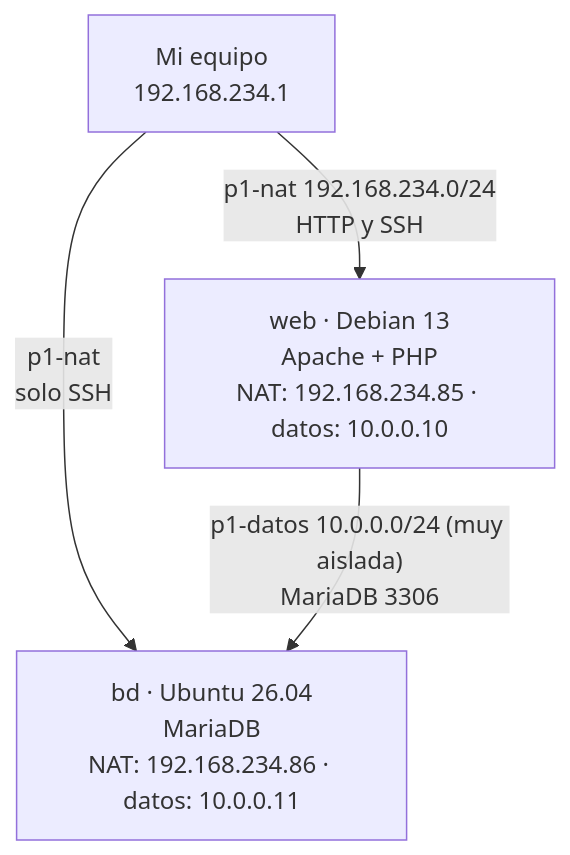
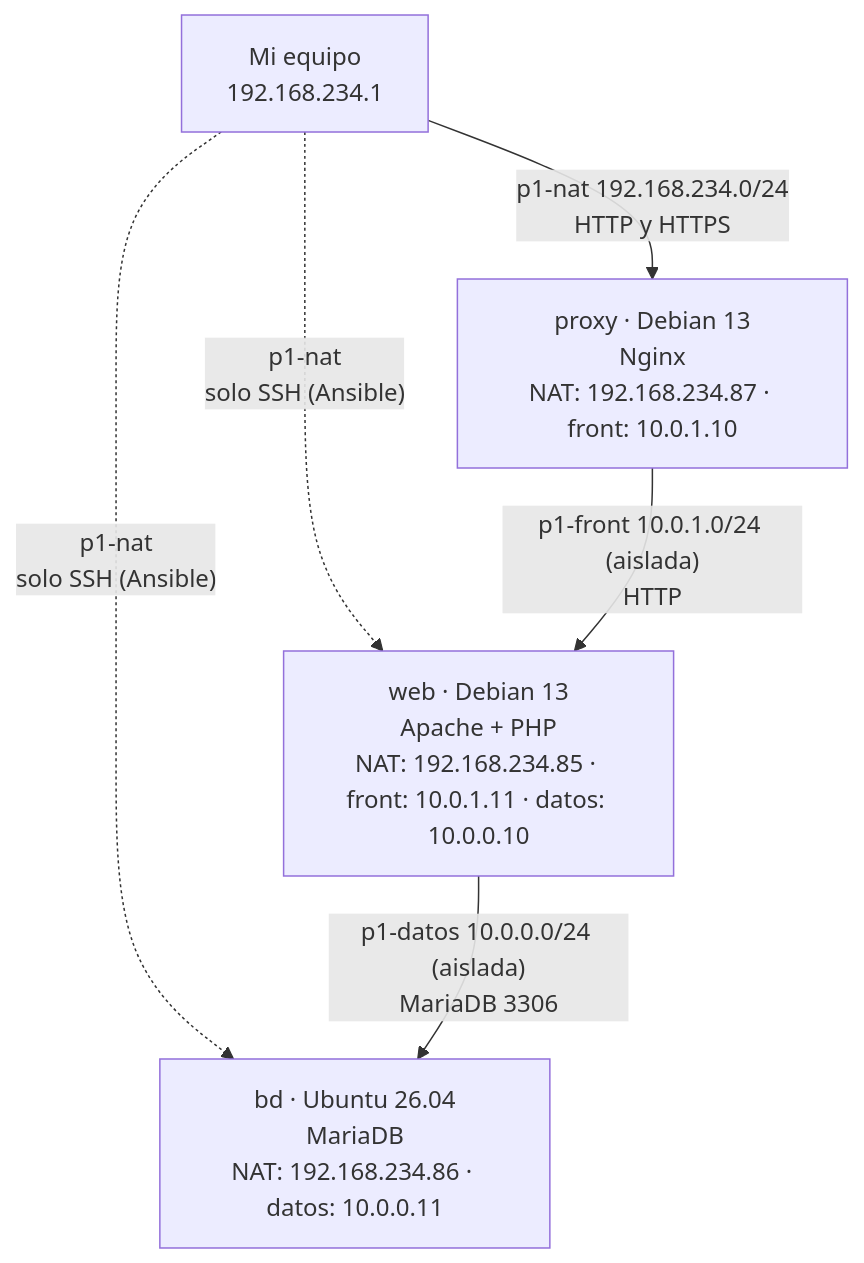
The diagram in README.md (Sergio852/Practica1-IAC), drawn with Mermaid before and after one commit. The commit also changed other lines of this file, not shown here.

Commit message:
Actualizo el README con el proxy, la CA propia, las tres redes y las comprobaciones

````diff
--- a/README.md
+++ b/README.md
@@ -8,9 +9,12 @@
 ```mermaid
 flowchart TB
     equipo["Mi equipo<br/>192.168.234.1"]
-    web["web · Debian 13<br/>Apache + PHP<br/>NAT: 192.168.234.85 · datos: 10.0.0.10"]
+    proxy["proxy · Debian 13<br/>Nginx<br/>NAT: 192.168.234.87 · front: 10.0.1.10"]
+    web["web · Debian 13<br/>Apache + PHP<br/>NAT: 192.168.234.85 · front: 10.0.1.11 · datos: 10.0.0.10"]
     bd["bd · Ubuntu 26.04<br/>MariaDB<br/>NAT: 192.168.234.86 · datos: 10.0.0.11"]
-    equipo -- "p1-nat 192.168.234.0/24<br/>HTTP y SSH" --> web
-    equipo -- "p1-nat<br/>solo SSH" --> bd
-    web -- "p1-datos 10.0.0.0/24 (muy aislada)<br/>MariaDB 3306" --> bd
+    equipo -- "p1-nat 192.168.234.0/24<br/>HTTP y HTTPS" --> proxy
+    equipo -. "p1-nat<br/>solo SSH (Ansible)" .-> web
+    equipo -. "p1-nat<br/>solo SSH (Ansible)" .-> bd
+    proxy -- "p1-front 10.0.1.0/24 (aislada)<br/>HTTP" --> web
+    web -- "p1-datos 10.0.0.0/24 (aislada)<br/>MariaDB 3306" --> bd
 ```
````
